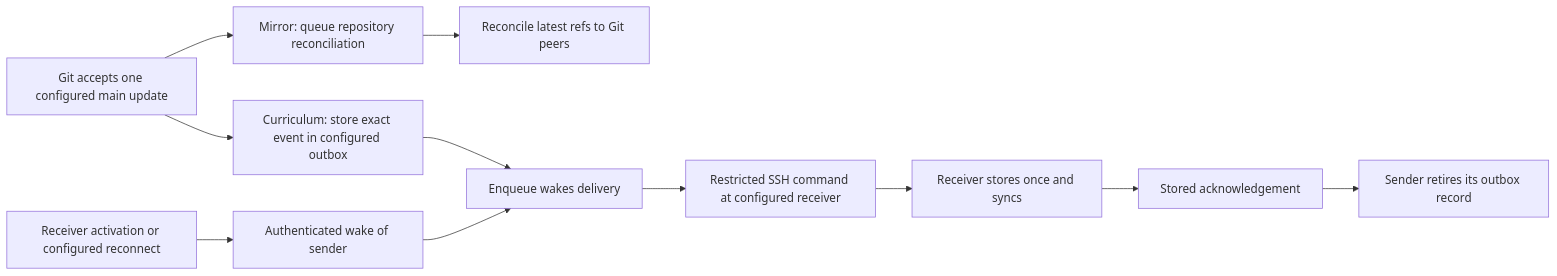
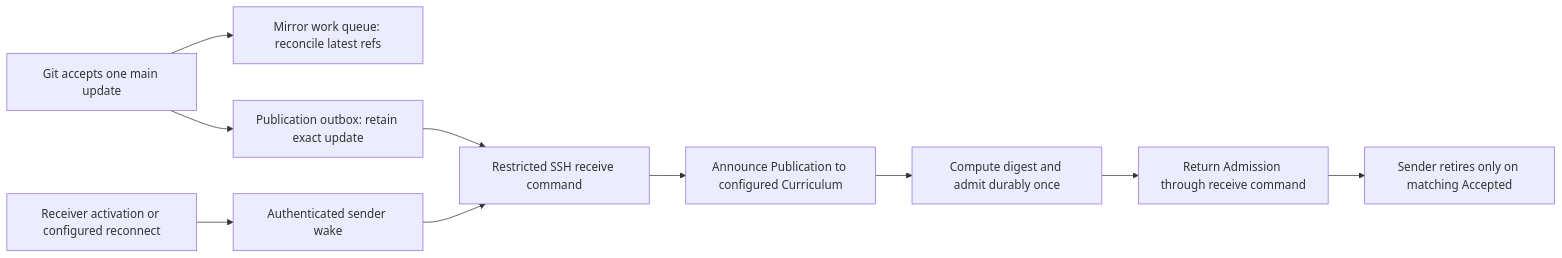
The diagram in checks/git-publication-delivery/design.md (LiGoldragon/CriomOS), drawn with Mermaid before and after one commit. The commit also changed other lines of this file and 6 other files, not shown here.

Commit message:
Retire exact publications on Curriculum admission

````diff
--- a/checks/git-publication-delivery/design.md
+++ b/checks/git-publication-delivery/design.md
@@ -20,13 +21,12 @@
 ```mermaid
 flowchart LR
-    a["Git accepts one configured main update"] --> m["Mirror: queue repository reconciliation"]
-    m --> n["Reconcile latest refs to Git peers"]
-    a --> b["Curriculum: store exact event in configured outbox"]
-    b --> c["Enqueue wakes delivery"]
-    r["Receiver activation or configured reconnect"] --> w["Authenticated wake of sender"]
-    w --> c
-    c --> s["Restricted SSH command at configured receiver"]
-    s --> i["Receiver stores once and syncs"]
-    i --> k["Stored acknowledgement"]
-    k --> x["Sender retires its outbox record"]
+    a["Git accepts one main update"] --> m["Mirror work queue: reconcile latest refs"]
+    a --> b["Publication outbox: retain exact update"]
+    r["Receiver activation or configured reconnect"] --> w["Authenticated sender wake"]
+    b --> s["Restricted SSH receive command"]
+    w --> s
+    s --> c["Announce Publication to configured Curriculum"]
+    c --> i["Compute digest and admit durably once"]
+    i --> k["Return Admission through receive command"]
+    k --> x["Sender retires only on matching Accepted"]
 ```
````
